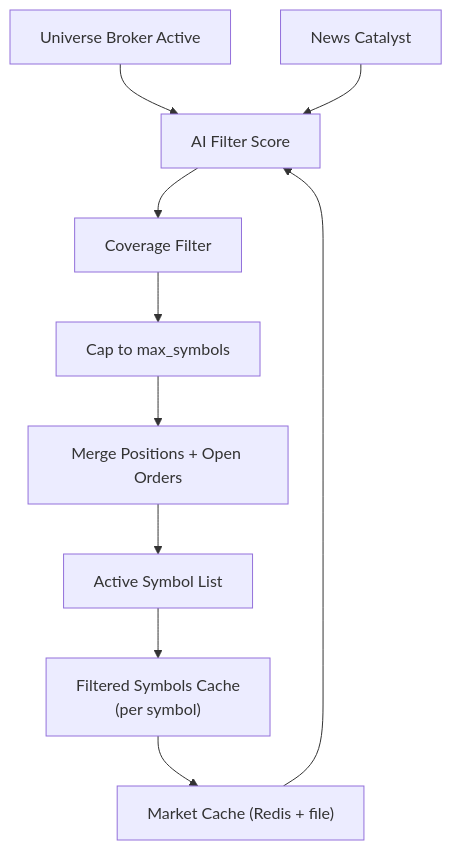
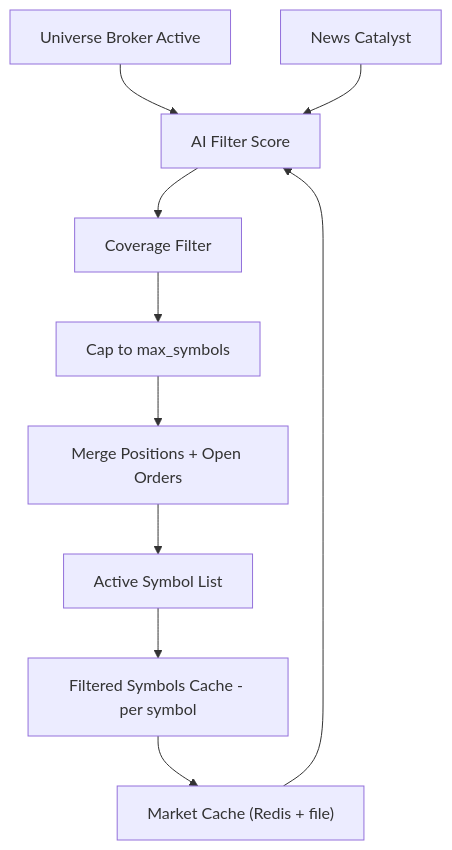
Before and after one commit to ilfrick/Fricktrade: the fourth of 4 diagrams in docs/flow_trading_agent.md, drawn with Mermaid. The commit also changed other lines of this file and 3 other files, not shown here.

Commit message:
Make mermaid labels GitHub-compatible

````diff
--- a/docs/flow_trading_agent.md
+++ b/docs/flow_trading_agent.md
@@ -63,12 +63,12 @@
 ```mermaid
 flowchart TD
     A[Universe Broker Active] --> B[AI Filter Score]
     Bars["Market Cache (Redis + file)"] --> B
     News[News Catalyst] --> B
     B --> C[Coverage Filter]
     C --> D[Cap to max_symbols]
     D --> E[Merge Positions + Open Orders]
     E --> F[Active Symbol List]
-    F --> FilteredCache["Filtered Symbols Cache<br/>(per symbol)"]
+    F --> FilteredCache["Filtered Symbols Cache - per symbol"]
     FilteredCache --> Bars
 ```
````
